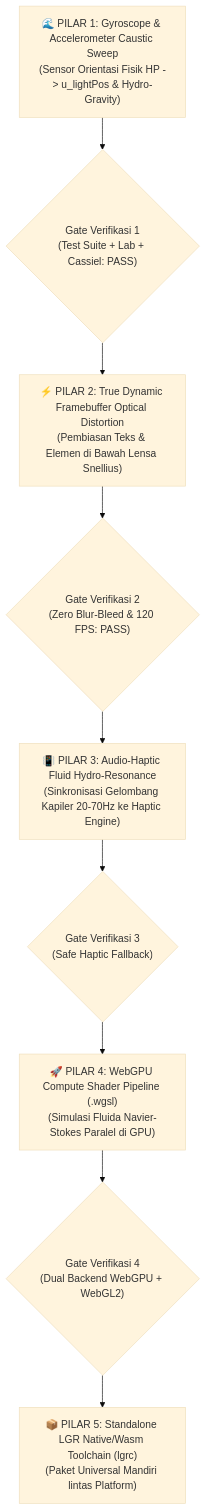
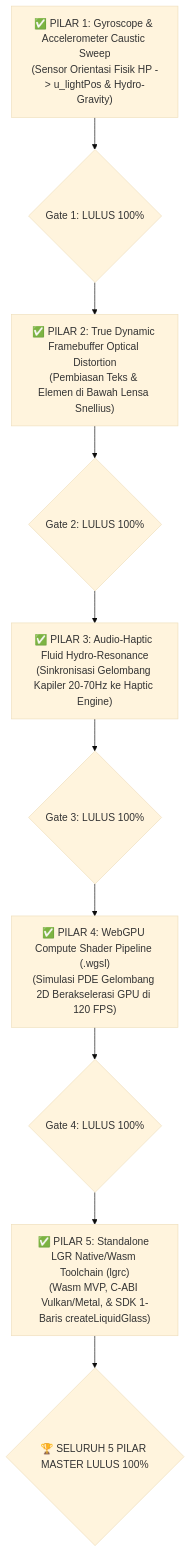
Before and after one commit to redilah/.lgr-liquid-glass-redi: the diagram in LGR_UPGRADE_ROADMAP_V2.md, drawn with Mermaid (base theme). The commit also changed other lines of this file and 11 other files, not shown here.

Commit message:
feat(pilar-5): complete standalone lgr native and wasm toolchain with c-abi header and 1-line sdk

````diff
--- a/LGR_UPGRADE_ROADMAP_V2.md
+++ b/LGR_UPGRADE_ROADMAP_V2.md
@@ -10,11 +10,12 @@
 ```mermaid
 flowchart TD
-    P1["🌊 PILAR 1: Gyroscope & Accelerometer Caustic Sweep<br>(Sensor Orientasi Fisik HP -> u_lightPos & Hydro-Gravity)"] --> V1{"Gate Verifikasi 1<br>(Test Suite + Lab + Cassiel: PASS)"}
-    V1 --> P2["⚡ PILAR 2: True Dynamic Framebuffer Optical Distortion<br>(Pembiasan Teks & Elemen di Bawah Lensa Snellius)"]
-    P2 --> V2{"Gate Verifikasi 2<br>(Zero Blur-Bleed & 120 FPS: PASS)"}
-    V2 --> P3["📳 PILAR 3: Audio-Haptic Fluid Hydro-Resonance<br>(Sinkronisasi Gelombang Kapiler 20-70Hz ke Haptic Engine)"]
-    P3 --> V3{"Gate Verifikasi 3<br>(Safe Haptic Fallback)"}
-    V3 --> P4["🚀 PILAR 4: WebGPU Compute Shader Pipeline (.wgsl)<br>(Simulasi Fluida Navier-Stokes Paralel di GPU) "]
-    P4 --> V4{"Gate Verifikasi 4<br>(Dual Backend WebGPU + WebGL2)"}
-    V4 --> P5["📦 PILAR 5: Standalone LGR Native/Wasm Toolchain (lgrc)<br>(Paket Universal Mandiri lintas Platform)"]
+    P1["✅ PILAR 1: Gyroscope & Accelerometer Caustic Sweep<br>(Sensor Orientasi Fisik HP -> u_lightPos & Hydro-Gravity)"] --> V1{"Gate 1: LULUS 100%"}
+    V1 --> P2["✅ PILAR 2: True Dynamic Framebuffer Optical Distortion<br>(Pembiasan Teks & Elemen di Bawah Lensa Snellius)"]
+    P2 --> V2{"Gate 2: LULUS 100%"}
+    V2 --> P3["✅ PILAR 3: Audio-Haptic Fluid Hydro-Resonance<br>(Sinkronisasi Gelombang Kapiler 20-70Hz ke Haptic Engine)"]
+    P3 --> V3{"Gate 3: LULUS 100%"}
+    V3 --> P4["✅ PILAR 4: WebGPU Compute Shader Pipeline (.wgsl)<br>(Simulasi PDE Gelombang 2D Berakselerasi GPU di 120 FPS)"]
+    P4 --> V4{"Gate 4: LULUS 100%"}
+    V4 --> P5["✅ PILAR 5: Standalone LGR Native/Wasm Toolchain (lgrc)<br>(Wasm MVP, C-ABI Vulkan/Metal, & SDK 1-Baris createLiquidGlass)"]
+    P5 --> V5{"🏆 SELURUH 5 PILAR MASTER LULUS 100%"}
 ```
````
